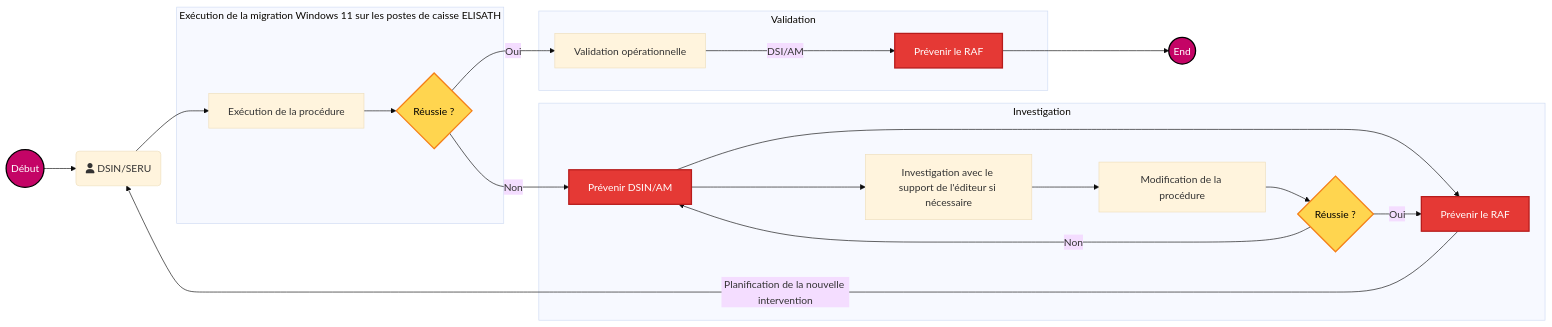
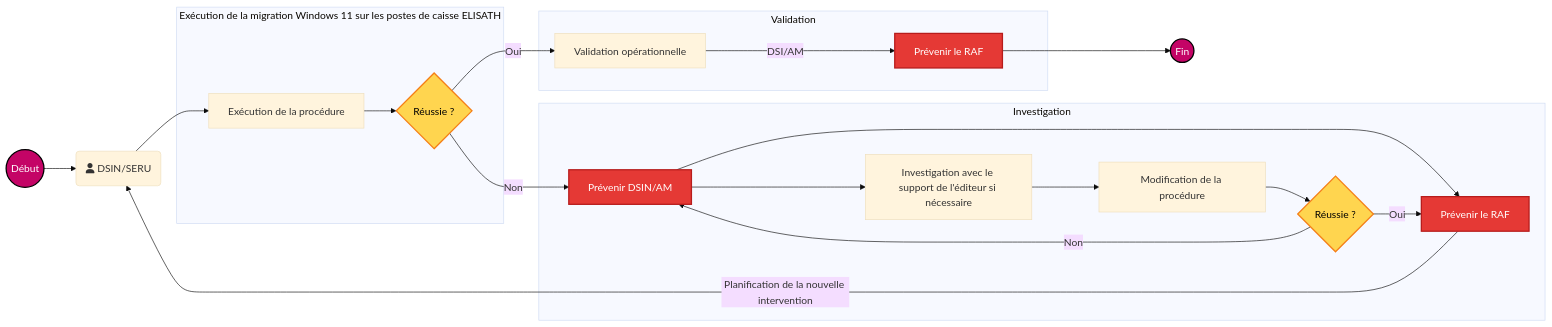
The diagram in all/Flux de validation.md (fdadda/iodraw-files), drawn with Mermaid before and after one commit.

Commit message:
2026-05-12 10:19:12 update

````diff
--- a/all/Flux de validation.md
+++ b/all/Flux de validation.md
@@ -1,51 +1,51 @@
 ```mermaid
 %%{init: {
   "theme":"base",
   "themeVariables": { "fontSize":"16px" },
   "themeCSS": ".nodeLabel{font-weight:700;} .edgeLabel{font-weight:700;}"
 }}%%
 flowchart LR
 
     start((Début)) --> A
     A(fa:fa-user DSIN/SERU) --> B[Exécution de la procédure]
 
     subgraph Exécution de la migration Windows 11 sur les postes de caisse ELISATH
         B --> C{Réussie ?}
     end
 
     subgraph Validation
         C -->|Oui| D[Validation opérationnelle]
         D -->|DSI/AM| J[Prévenir le RAF]
     end
 
-    J --> End((End))
+    J --> End((Fin))
 
     subgraph Investigation
         C -->|Non| E[Prévenir DSIN/AM]
         E --> F[Prévenir le RAF]
         E --> G[Investigation avec le support de l'éditeur si nécessaire]
         G --> H[Modification de la procédure]
         H --> I{Réussie ?}
         I -->|Oui| F
         I -->|Non| E
     end
 
     F -->|Planification de la nouvelle intervention| A
 
     %% --- STYLES ---
     classDef StartEndPoint fill:#c40466,stroke:#000,color:#fff,stroke-width:2px;
     classDef decision      fill:#ffd54f,stroke:#f57f17,color:#000,stroke-width:2px;
     classDef error         fill:#e53935,stroke:#b71c1c,color:#fff,stroke-width:2px;
 
     %% --- AFFECTATION DES CLASSES ---
     class start,End StartEndPoint;
     class C,I decision;
     class E,F,J error;
 
     %% --- Coide couleur ---
     %% Bleu marine #000080 un peu plus doux
     %% Midnight blue #191970 bleu nuit profond 
     %% Bleu foncé intense #080F70 plus “design”, légèrement grisé 
     %% Bleu foncé moderne #111184 un peu plus lumineux 
 
 ```
````
